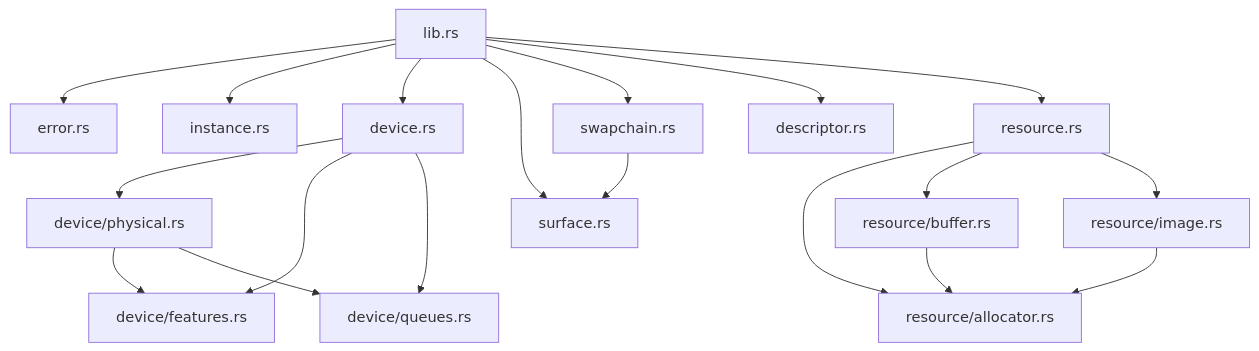
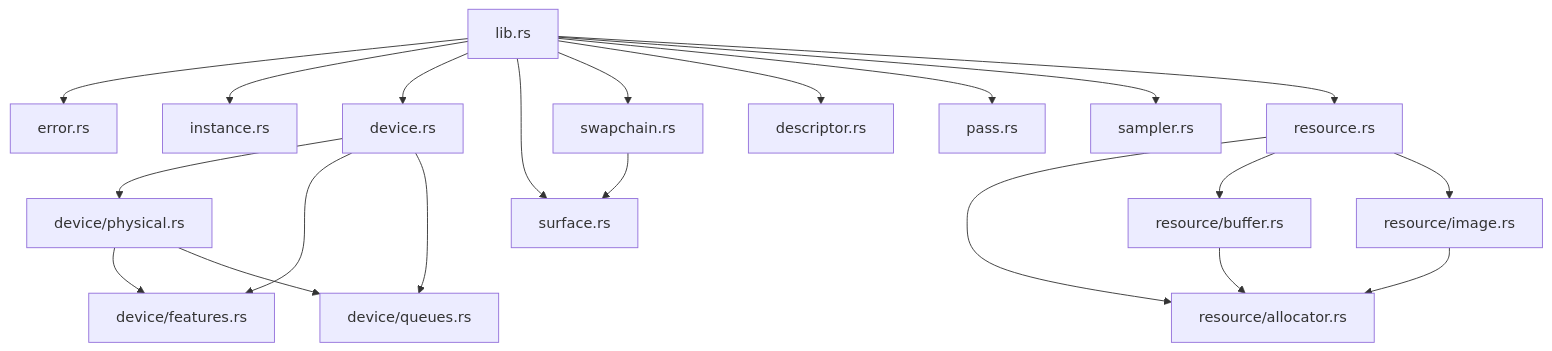
One commit to adamloec/slop changed the first of 3 diagrams in docs/slop-rhi/README.md. Above: the diagram before and after it, drawn with Mermaid. The commit also changed other lines of this file and 10 other files, not shown here.

````diff
--- a/docs/slop-rhi/README.md
+++ b/docs/slop-rhi/README.md
@@ -47,40 +48,44 @@
 ```mermaid
 flowchart TD
     lib["lib.rs"]
     error["error.rs"]
     instance["instance.rs"]
     device["device.rs"]
     physical["device/physical.rs"]
     features["device/features.rs"]
     queues["device/queues.rs"]
     surface["surface.rs"]
     swapchain["swapchain.rs"]
     descriptor["descriptor.rs"]
+    pass["pass.rs"]
+    sampler["sampler.rs"]
     resource["resource.rs"]
     allocator["resource/allocator.rs"]
     buffer["resource/buffer.rs"]
     image["resource/image.rs"]
 
     lib --> error
     lib --> instance
     lib --> device
     lib --> surface
     lib --> swapchain
     lib --> descriptor
+    lib --> pass
+    lib --> sampler
     lib --> resource
 
     device --> physical
     device --> features
     device --> queues
 
     resource --> allocator
     resource --> buffer
     resource --> image
 
     buffer --> allocator
     image --> allocator
 
     physical --> features
     physical --> queues
     swapchain --> surface
 ```
````
